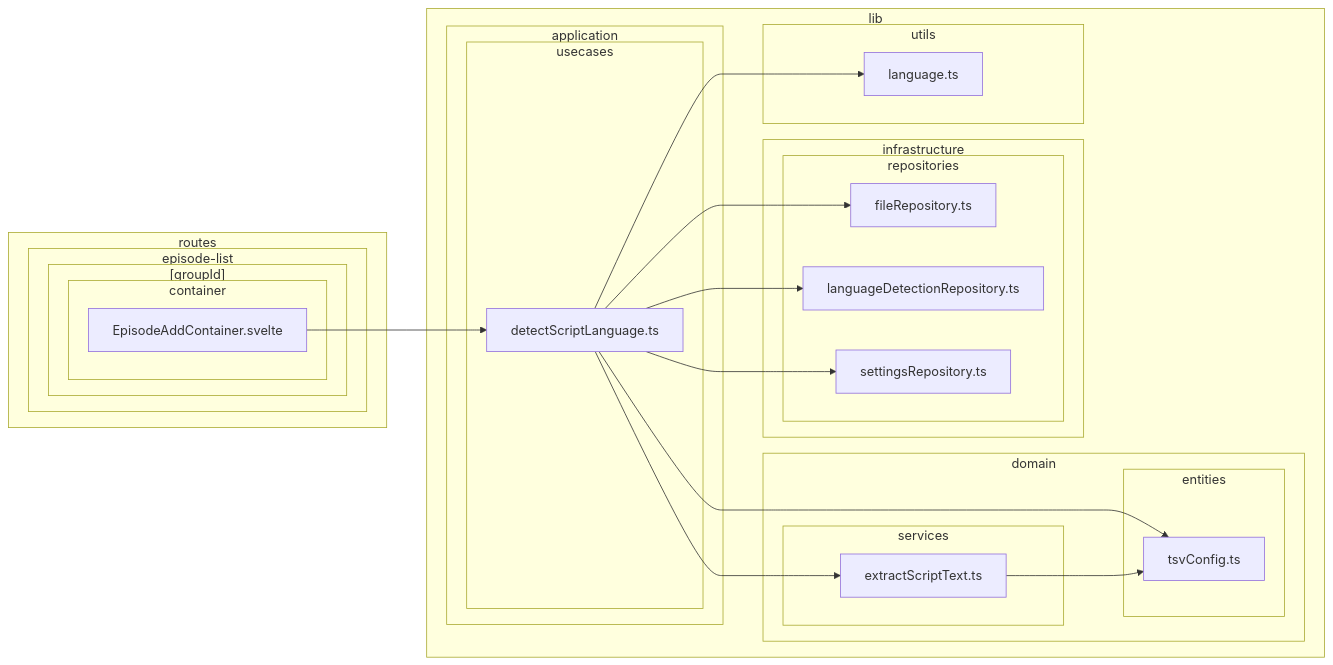
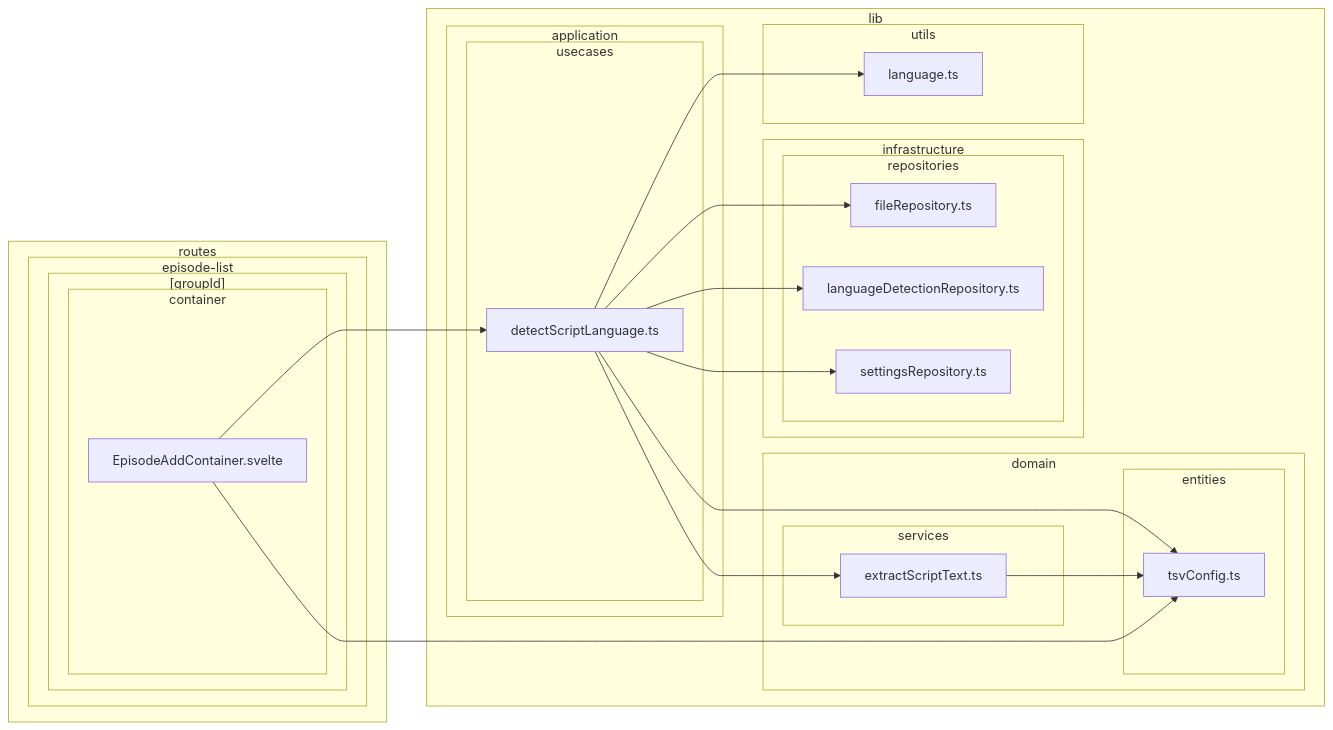
Before and after one commit to k5n/kotonoha: diagram 11 of 38 in doc/dependency-graph.md, drawn with Mermaid. The commit also changed other lines of this file and 6 other files, not shown here.

Commit message:
refactor: remove tsvConfigStore and implement tsvConfigController for improved state management in episode components

````diff
--- a/doc/dependency-graph.md
+++ b/doc/dependency-graph.md
@@ -499,45 +499,46 @@
 ```mermaid
 graph LR
         subgraph sg_lib ["lib"]
             subgraph sg_lib_application ["application"]
                 subgraph sg_lib_application_usecases ["usecases"]
                     src_lib_application_usecases_detectScriptLanguage_ts["detectScriptLanguage.ts"]
                 end
             end
             subgraph sg_lib_domain ["domain"]
                 subgraph sg_lib_domain_entities ["entities"]
                     src_lib_domain_entities_tsvConfig_ts["tsvConfig.ts"]
                 end
                 subgraph sg_lib_domain_services ["services"]
                     src_lib_domain_services_extractScriptText_ts["extractScriptText.ts"]
                 end
             end
             subgraph sg_lib_infrastructure ["infrastructure"]
                 subgraph sg_lib_infrastructure_repositories ["repositories"]
                     src_lib_infrastructure_repositories_fileRepository_ts["fileRepository.ts"]
                     src_lib_infrastructure_repositories_languageDetectionRepository_ts["languageDetectionRepository.ts"]
                     src_lib_infrastructure_repositories_settingsRepository_ts["settingsRepository.ts"]
                 end
             end
             subgraph sg_lib_utils ["utils"]
                 src_lib_utils_language_ts["language.ts"]
             end
         end
         subgraph sg_routes ["routes"]
             subgraph sg_routes_episode_list ["episode-list"]
                 subgraph sg_routes_episode_list__groupId_ ["[groupId]"]
                     subgraph sg_routes_episode_list__groupId__container ["container"]
                         src_routes_episode_list__groupId__container_EpisodeAddContainer_svelte["EpisodeAddContainer.svelte"]
                     end
                 end
             end
         end
     src_lib_application_usecases_detectScriptLanguage_ts --> src_lib_domain_entities_tsvConfig_ts
     src_lib_application_usecases_detectScriptLanguage_ts --> src_lib_domain_services_extractScriptText_ts
     src_lib_application_usecases_detectScriptLanguage_ts --> src_lib_infrastructure_repositories_fileRepository_ts
     src_lib_application_usecases_detectScriptLanguage_ts --> src_lib_infrastructure_repositories_languageDetectionRepository_ts
     src_lib_application_usecases_detectScriptLanguage_ts --> src_lib_infrastructure_repositories_settingsRepository_ts
     src_lib_application_usecases_detectScriptLanguage_ts --> src_lib_utils_language_ts
     src_lib_domain_services_extractScriptText_ts --> src_lib_domain_entities_tsvConfig_ts
     src_routes_episode_list__groupId__container_EpisodeAddContainer_svelte --> src_lib_application_usecases_detectScriptLanguage_ts
+    src_routes_episode_list__groupId__container_EpisodeAddContainer_svelte --> src_lib_domain_entities_tsvConfig_ts
 ```
````
